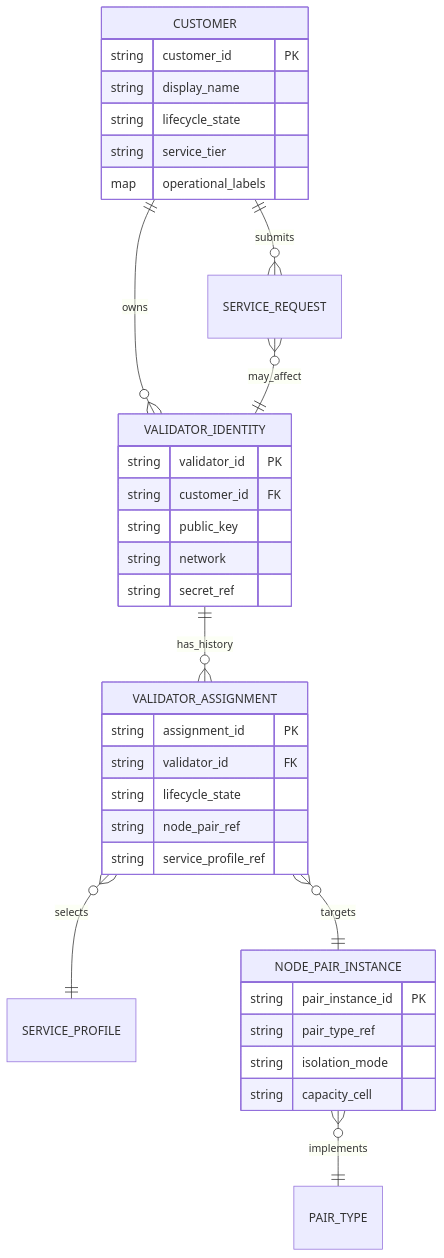
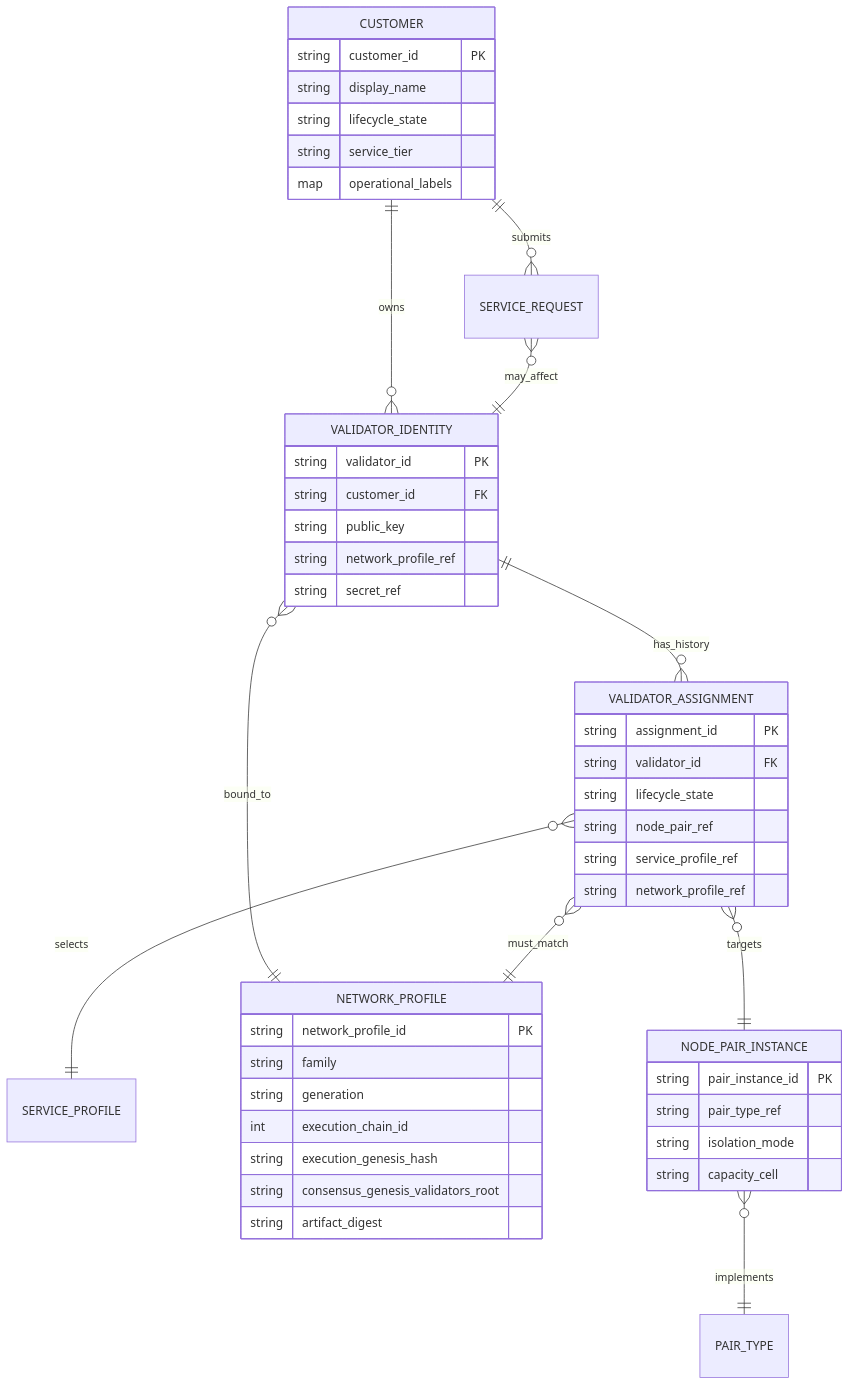
The second of 9 diagrams in docs/prd/001-dynamic-validator-platform.md (j2d3/eth-validator-platform), drawn with Mermaid before and after one commit. The commit also changed other lines of this file and 32 other files, not shown here.

````diff
--- a/docs/prd/001-dynamic-validator-platform.md
+++ b/docs/prd/001-dynamic-validator-platform.md
@@ -263,38 +264,50 @@
 ```mermaid
 erDiagram
     CUSTOMER ||--o{ VALIDATOR_IDENTITY : owns
     CUSTOMER ||--o{ SERVICE_REQUEST : submits
     VALIDATOR_IDENTITY ||--o{ VALIDATOR_ASSIGNMENT : has_history
     VALIDATOR_ASSIGNMENT }o--|| SERVICE_PROFILE : selects
+    VALIDATOR_IDENTITY }o--|| NETWORK_PROFILE : bound_to
+    VALIDATOR_ASSIGNMENT }o--|| NETWORK_PROFILE : must_match
     VALIDATOR_ASSIGNMENT }o--|| NODE_PAIR_INSTANCE : targets
     NODE_PAIR_INSTANCE }o--|| PAIR_TYPE : implements
     SERVICE_REQUEST }o--|| VALIDATOR_IDENTITY : may_affect
 
     CUSTOMER {
       string customer_id PK
       string display_name
       string lifecycle_state
       string service_tier
       map operational_labels
     }
     VALIDATOR_IDENTITY {
       string validator_id PK
       string customer_id FK
       string public_key
-      string network
+      string network_profile_ref
       string secret_ref
     }
     VALIDATOR_ASSIGNMENT {
       string assignment_id PK
       string validator_id FK
       string lifecycle_state
       string node_pair_ref
       string service_profile_ref
+      string network_profile_ref
     }
     NODE_PAIR_INSTANCE {
       string pair_instance_id PK
       string pair_type_ref
       string isolation_mode
       string capacity_cell
     }
+    NETWORK_PROFILE {
+      string network_profile_id PK
+      string family
+      string generation
+      int execution_chain_id
+      string execution_genesis_hash
+      string consensus_genesis_validators_root
+      string artifact_digest
+    }
 ```
````
